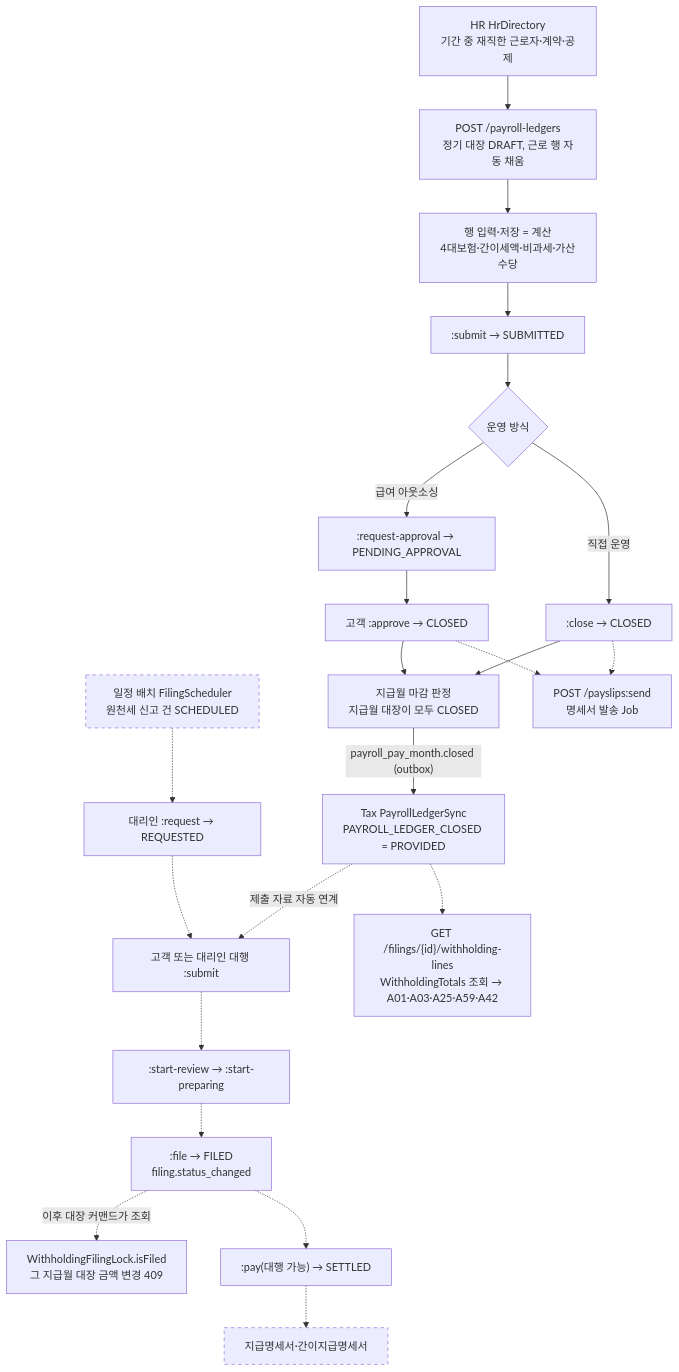
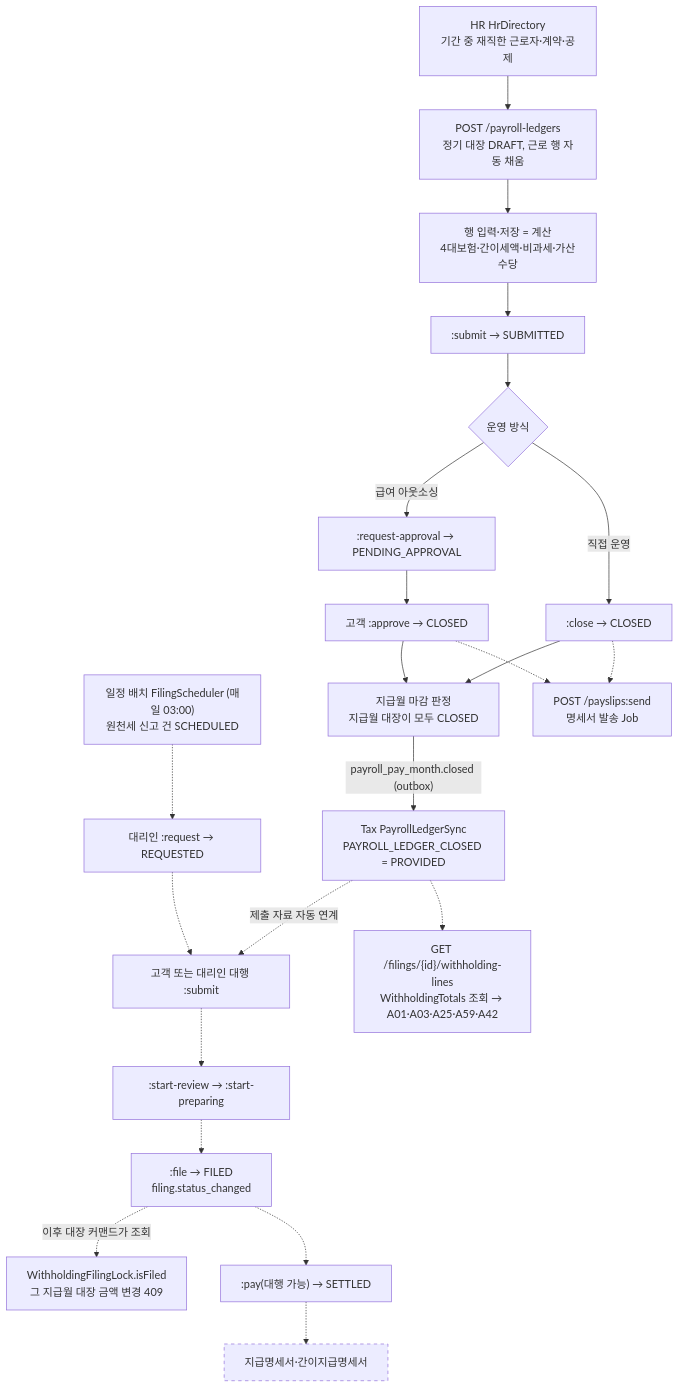
Before and after one commit to cbcruk/semu: the first of 3 diagrams in docs/design/lifecycles.md, drawn with Mermaid. The commit also changed other lines of this file and 18 other files, not shown here.

````diff
--- a/docs/design/lifecycles.md
+++ b/docs/design/lifecycles.md
@@ -55,26 +55,26 @@
 ```mermaid
 flowchart TD
-  sched["일정 배치 FilingScheduler<br/>원천세 신고 건 SCHEDULED"]:::todo
+  sched["일정 배치 FilingScheduler (매일 03:00)<br/>원천세 신고 건 SCHEDULED"]
   hr["HR HrDirectory<br/>기간 중 재직한 근로자·계약·공제"] --> create["POST /payroll-ledgers<br/>정기 대장 DRAFT, 근로 행 자동 채움"]
   create --> rows["행 입력·저장 = 계산<br/>4대보험·간이세액·비과세·가산수당"]
   rows --> submit[":submit → SUBMITTED"]
   submit --> wf{"운영 방식"}
   wf -- "급여 아웃소싱" --> req[":request-approval → PENDING_APPROVAL"] --> approve["고객 :approve → CLOSED"]
   wf -- "직접 운영" --> close[":close → CLOSED"]
   approve --> judge["지급월 마감 판정<br/>지급월 대장이 모두 CLOSED"]
   close --> judge
   judge -- "payroll_pay_month.closed (outbox)" --> sync["Tax PayrollLedgerSync<br/>PAYROLL_LEDGER_CLOSED = PROVIDED"]
   approve -.-> slip["POST /payslips:send<br/>명세서 발송 Job"]
   close -.-> slip
   sched -.-> request["대리인 :request → REQUESTED"]
   sync -. "제출 자료 자동 연계" .-> submitF
   request -.-> submitF["고객 또는 대리인 대행 :submit"]
   submitF -.-> review[":start-review → :start-preparing"]
   review -.-> file[":file → FILED<br/>filing.status_changed"]
   file -. "이후 대장 커맨드가 조회" .-> lock["WithholdingFilingLock.isFiled<br/>그 지급월 대장 금액 변경 409"]
   file -.-> pay[":pay(대행 가능) → SETTLED"]
   sync -.-> codes["GET /filings/{id}/withholding-lines<br/>WithholdingTotals 조회 → A01·A03·A25·A59·A42"]
   pay -.-> stmt["지급명세서·간이지급명세서"]:::todo
   classDef todo stroke-dasharray: 5 5
   classDef open stroke-width: 3px
 ```
````
